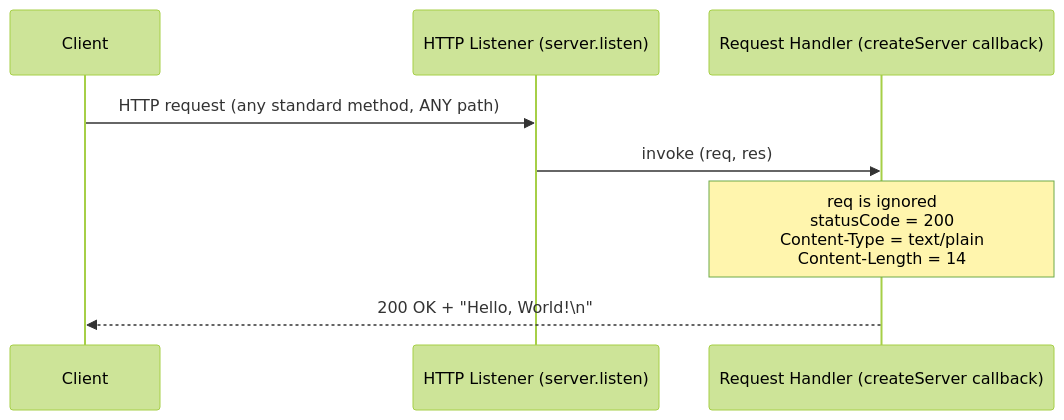
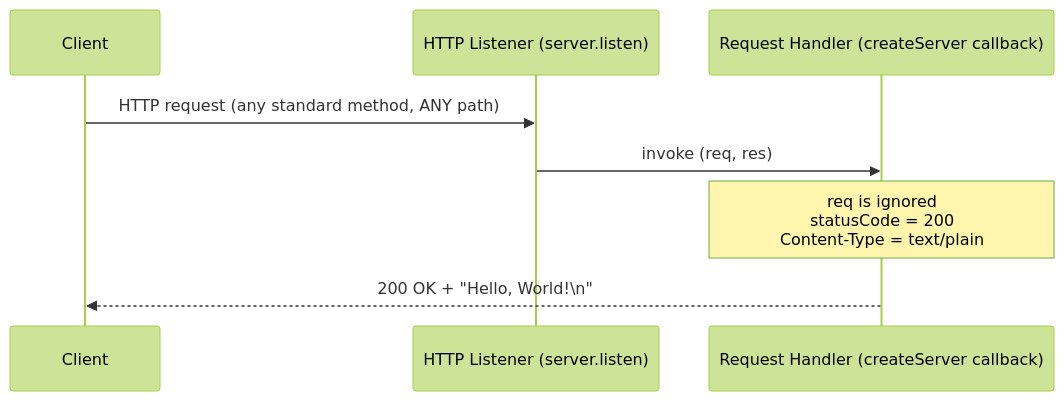
Before and after one commit to lakshya-blitzy/march_repo_hello_world: the first of 2 diagrams in README.md, drawn with Mermaid (forest theme). The commit also changed other lines of this file and 1 other file, not shown here.

````diff
--- a/README.md
+++ b/README.md
@@ -177,10 +180,10 @@
 ```mermaid
 sequenceDiagram
     participant Client
     participant Listener as HTTP Listener (server.listen)
     participant Handler as Request Handler (createServer callback)
     Client->>Listener: HTTP request (any standard method, ANY path)
     Listener->>Handler: invoke (req, res)
-    Note over Handler: req is ignored<br/>statusCode = 200<br/>Content-Type = text/plain<br/>Content-Length = 14
+    Note over Handler: req is ignored<br/>statusCode = 200<br/>Content-Type = text/plain
     Handler-->>Client: 200 OK + "Hello, World!\n"
 ```
````
